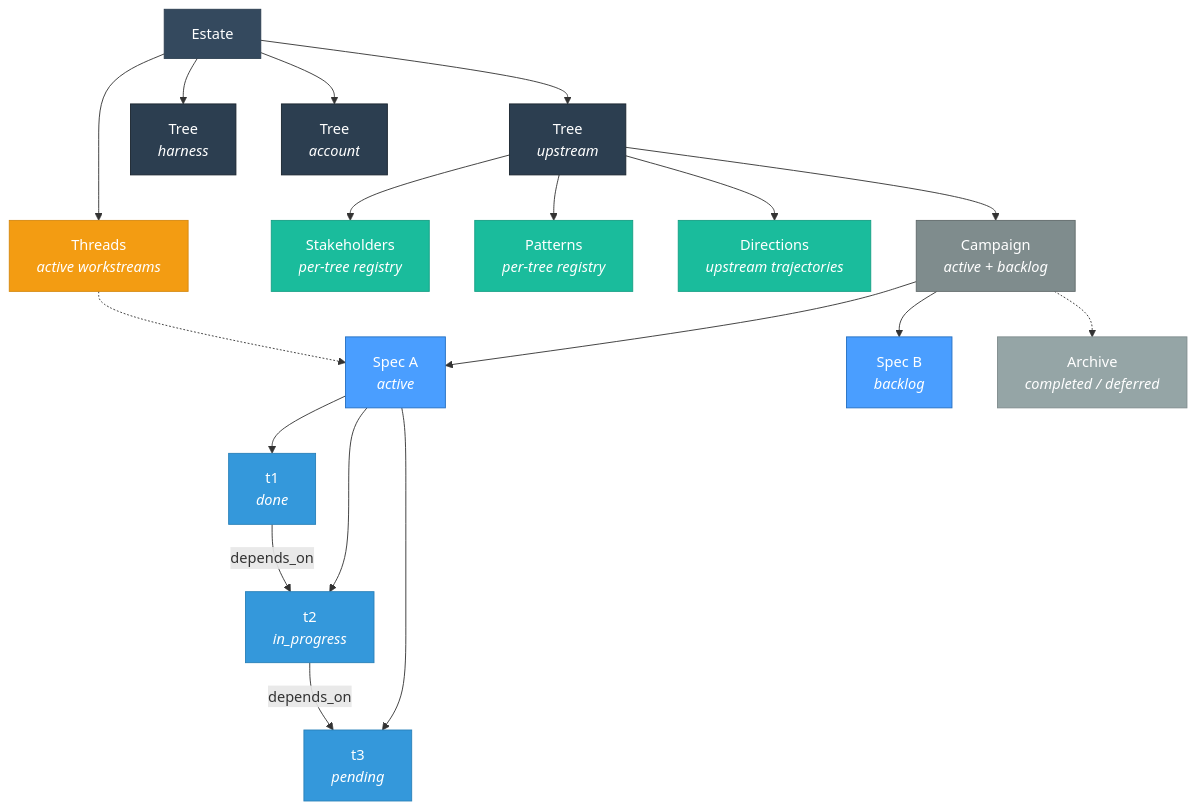
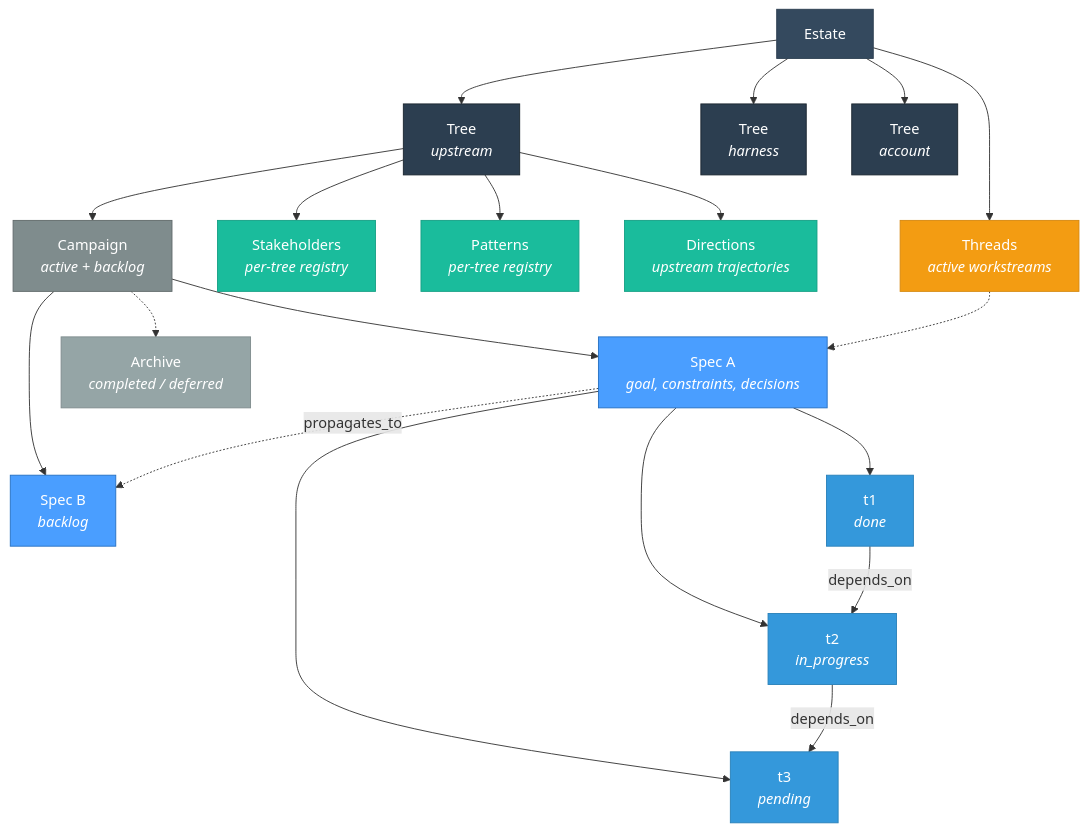
One commit to nomograph-ai/synthesist changed the first of 3 diagrams in README.md. Above: the diagram before and after it, drawn with Mermaid. The commit also changed other lines of this file, not shown here.

````diff
--- a/README.md
+++ b/README.md
@@ -64,42 +69,44 @@
 ```mermaid
 graph TD
     E[Estate] --> T1[Tree<br/><i>upstream</i>]
     E --> T2[Tree<br/><i>harness</i>]
     E --> T3[Tree<br/><i>account</i>]
 
     T1 --> C1[Campaign<br/><i>active + backlog</i>]
     T1 --> SH1[Stakeholders<br/><i>per-tree registry</i>]
     T1 --> P1[Patterns<br/><i>per-tree registry</i>]
     T1 --> DIR1[Directions<br/><i>upstream trajectories</i>]
 
-    C1 --> S1[Spec A<br/><i>active</i>]
+    C1 --> S1[Spec A<br/><i>goal, constraints, decisions</i>]
     C1 --> S2[Spec B<br/><i>backlog</i>]
     C1 -.-> A1[Archive<br/><i>completed / deferred</i>]
 
     S1 --> TK1[t1<br/><i>done</i>]
     S1 --> TK2[t2<br/><i>in_progress</i>]
     S1 --> TK3[t3<br/><i>pending</i>]
     TK1 -->|depends_on| TK2
     TK2 -->|depends_on| TK3
+
+    S1 -.->|propagates_to| S2
 
     E --> TH[Threads<br/><i>active workstreams</i>]
     TH -.-> S1
 
     classDef estate fill:#34495e,stroke:#2c3e50,color:#fff
     classDef tree fill:#2c3e50,stroke:#1a252f,color:#fff
     classDef campaign fill:#7f8c8d,stroke:#616a6b,color:#fff
     classDef spec fill:#4a9eff,stroke:#2670c2,color:#fff
     classDef task fill:#3498db,stroke:#2980b9,color:#fff
     classDef registry fill:#1abc9c,stroke:#16a085,color:#fff
     classDef archive fill:#95a5a6,stroke:#7f8c8d,color:#fff
     classDef thread fill:#f39c12,stroke:#d68910,color:#fff
 
     class E estate
     class T1,T2,T3 tree
     class C1 campaign
     class S1,S2 spec
     class TK1,TK2,TK3 task
     class SH1,P1,DIR1 registry
     class A1 archive
     class TH thread
 ```
````
